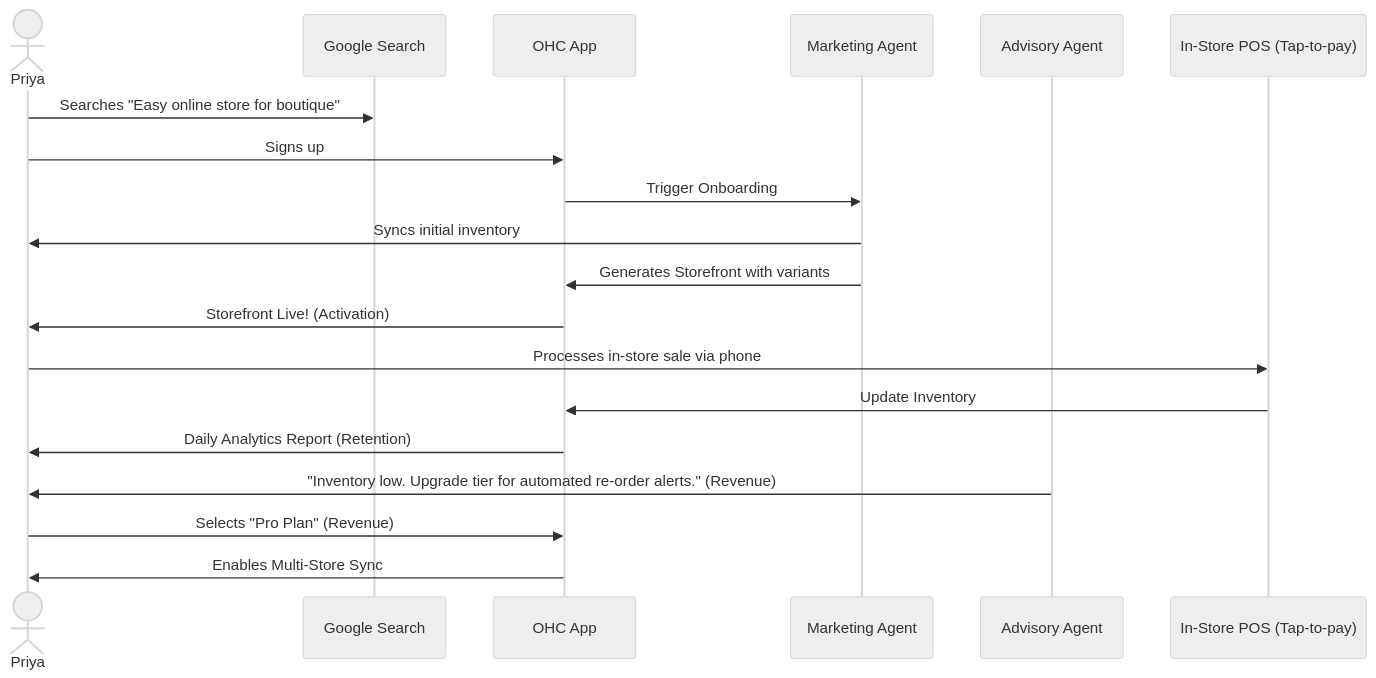
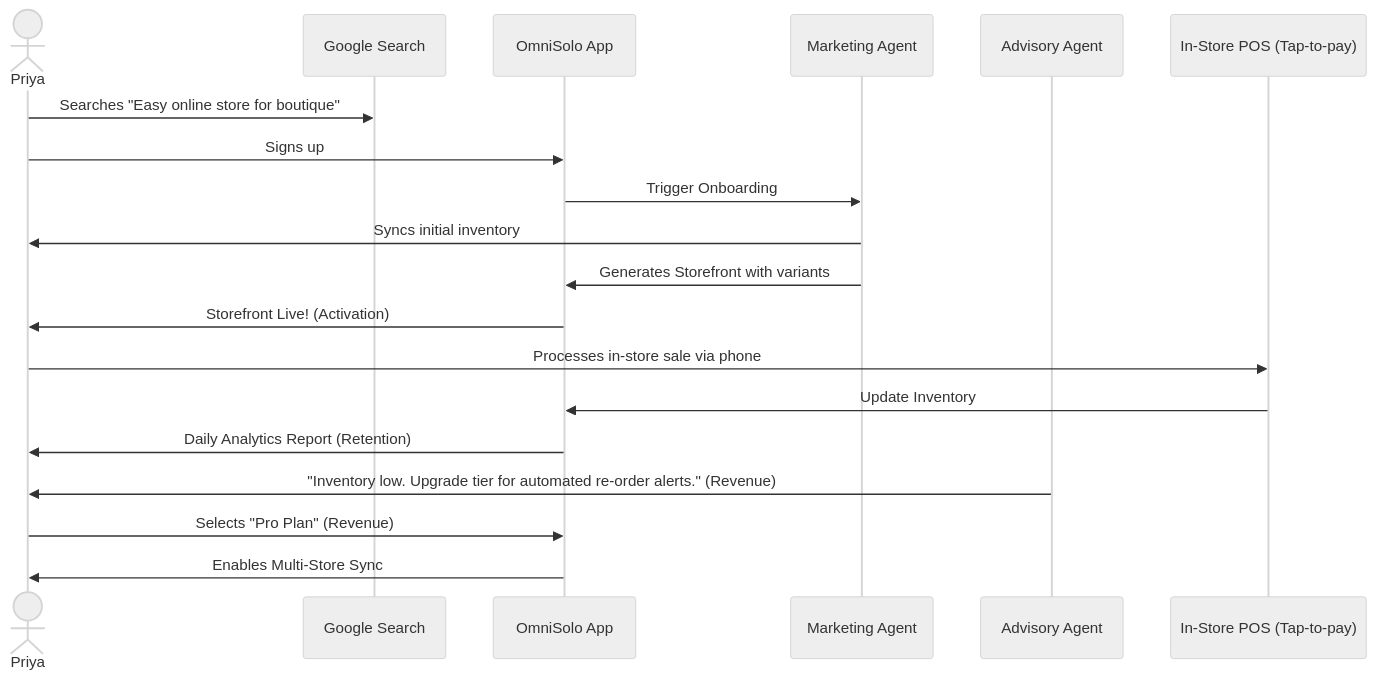
Before and after one commit to omnisolo-llc/onehumancorp: the third of 5 diagrams in docs/research/[architecture]_end_to_end_business_journey_detailed.md, drawn with Mermaid (neutral theme). The commit also changed other lines of this file and 2191 other files, not shown here.

Commit message:
feat: complete OmniSolo rename and browser audit

````diff
--- a/docs/research/[architecture]_end_to_end_business_journey_detailed.md
+++ b/docs/research/[architecture]_end_to_end_business_journey_detailed.md
@@ -99,22 +99,22 @@
 ```mermaid
 sequenceDiagram
     actor Priya
     participant Search as Google Search
-    participant OHC as OHC App
+    participant OmniSolo as OmniSolo App
     participant AI_Mark as Marketing Agent
     participant AI_Adv as Advisory Agent
     participant POS as In-Store POS (Tap-to-pay)
 
     Priya->>Search: Searches "Easy online store for boutique"
-    Priya->>OHC: Signs up
-    OHC->>AI_Mark: Trigger Onboarding
+    Priya->>OmniSolo: Signs up
+    OmniSolo->>AI_Mark: Trigger Onboarding
     AI_Mark->>Priya: Syncs initial inventory
-    AI_Mark->>OHC: Generates Storefront with variants
-    OHC->>Priya: Storefront Live! (Activation)
+    AI_Mark->>OmniSolo: Generates Storefront with variants
+    OmniSolo->>Priya: Storefront Live! (Activation)
     Priya->>POS: Processes in-store sale via phone
-    POS->>OHC: Update Inventory
-    OHC->>Priya: Daily Analytics Report (Retention)
+    POS->>OmniSolo: Update Inventory
+    OmniSolo->>Priya: Daily Analytics Report (Retention)
     AI_Adv->>Priya: "Inventory low. Upgrade tier for automated re-order alerts." (Revenue)
-    Priya->>OHC: Selects "Pro Plan" (Revenue)
-    OHC->>Priya: Enables Multi-Store Sync
+    Priya->>OmniSolo: Selects "Pro Plan" (Revenue)
+    OmniSolo->>Priya: Enables Multi-Store Sync
 ```
````
